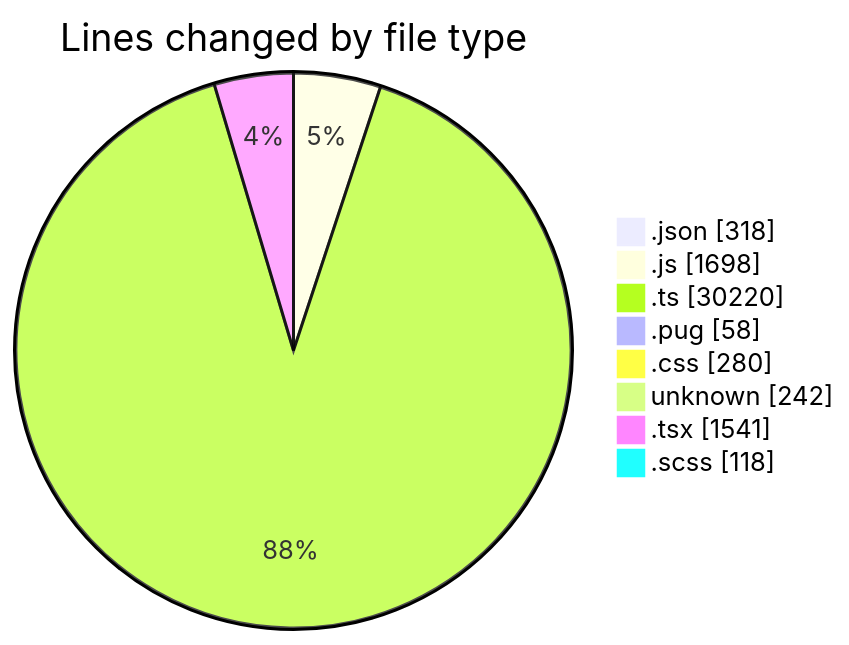
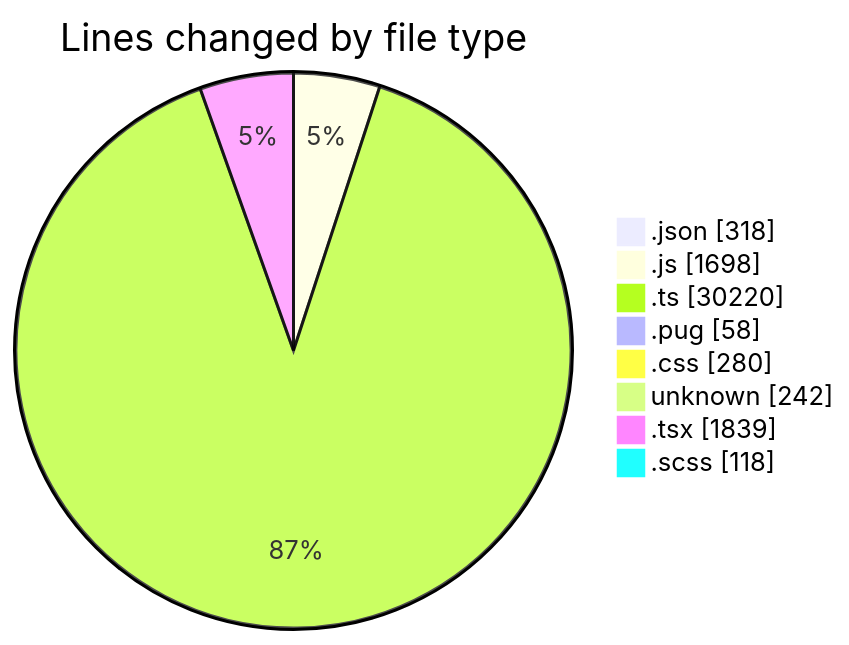
Before and after one commit to momahboobian/code-tracking: the first of 2 diagrams in 2026-06-02/cda/README.md, drawn with Mermaid. The commit also changed other lines of this file and 1 other file, not shown here.

````diff
--- a/2026-06-02/cda/README.md
+++ b/2026-06-02/cda/README.md
@@ -64,12 +66,12 @@
 ```mermaid
 pie showData
 title Lines changed by file type
 ".json" : 318
 ".js" : 1698
 ".ts" : 30220
 ".pug" : 58
 ".css" : 280
 "unknown" : 242
-".tsx" : 1541
+".tsx" : 1839
 ".scss" : 118
 ```
````
